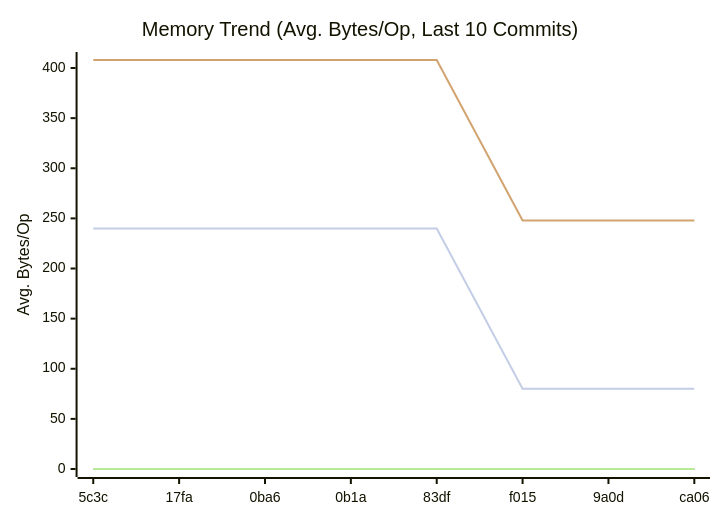
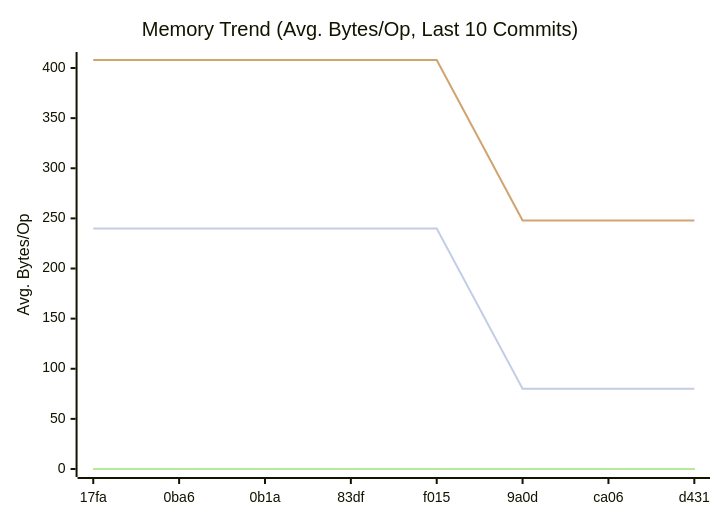
The second of 3 diagrams in docs/README.md (alsotoes/momo), drawn with Mermaid before and after one commit. The commit also changed other lines of this file and 1 other file, not shown here.

````diff
--- a/docs/README.md
+++ b/docs/README.md
@@ -203,14 +203,14 @@
 ```mermaid
 xychart-beta
     title "Memory Trend (Avg. Bytes/Op, Last 10 Commits)"
     x-axis "Commit"
     y-axis "Avg. Bytes/Op"
-    x-axis [5c3c,17fa,0ba6,0b1a,83df,f015,9a0d,ca06]
+    x-axis [17fa,0ba6,0b1a,83df,f015,9a0d,ca06,d431]
     line "CheckMetricsAndSwap" [0,0,0,0,0,0,0,0,0,0]
     line "IndexDirectTracking" [0,0,0,0,0,0,0,0,0,0]
     line "IndexSearch" [0,0,0,0,0,0,0,0,0,0]
     line "LoadGlobalConfig" [0,0,0,0,0,0,0,0,0,0]
     line "PadString" [0,0,0,0,0,0,0,0,0,0]
     line "ParseReplicationOrder_NoPrealloc" [408,408,408,408,408,248,248,248,248,248]
     line "ParseReplicationOrder_Prealloc" [240,240,240,240,240,80,80,80,80,80]
 ```
````
